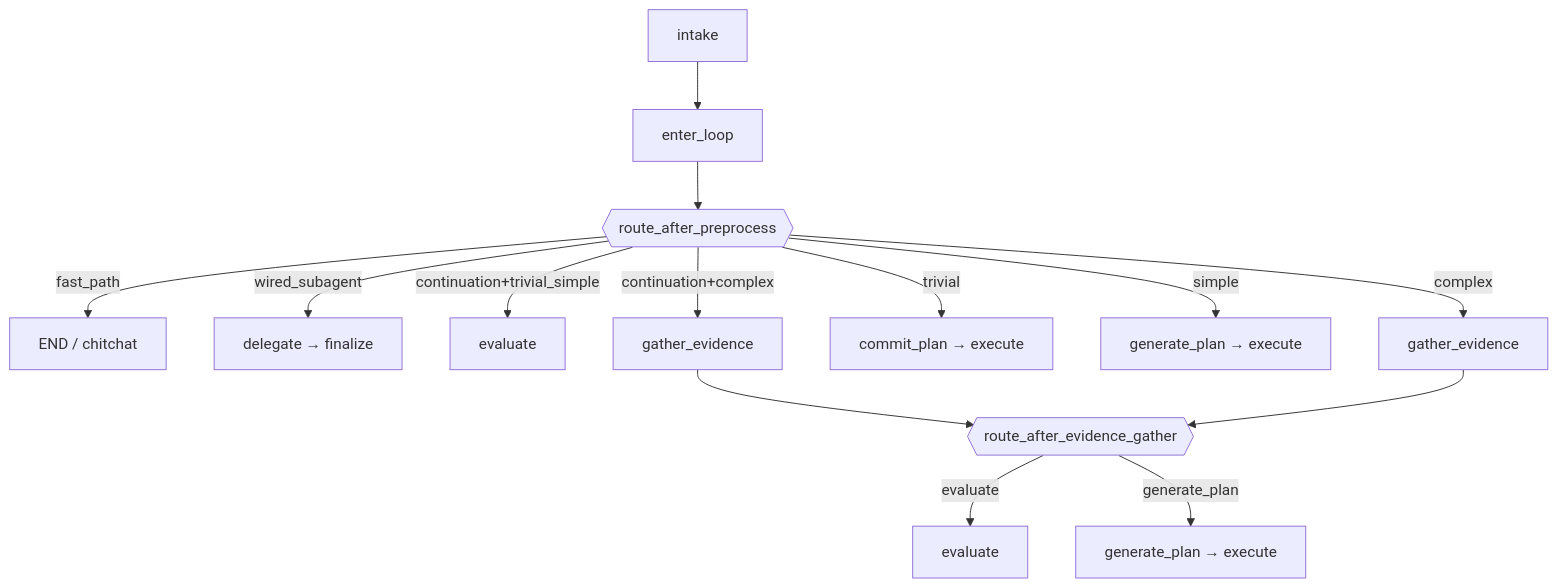
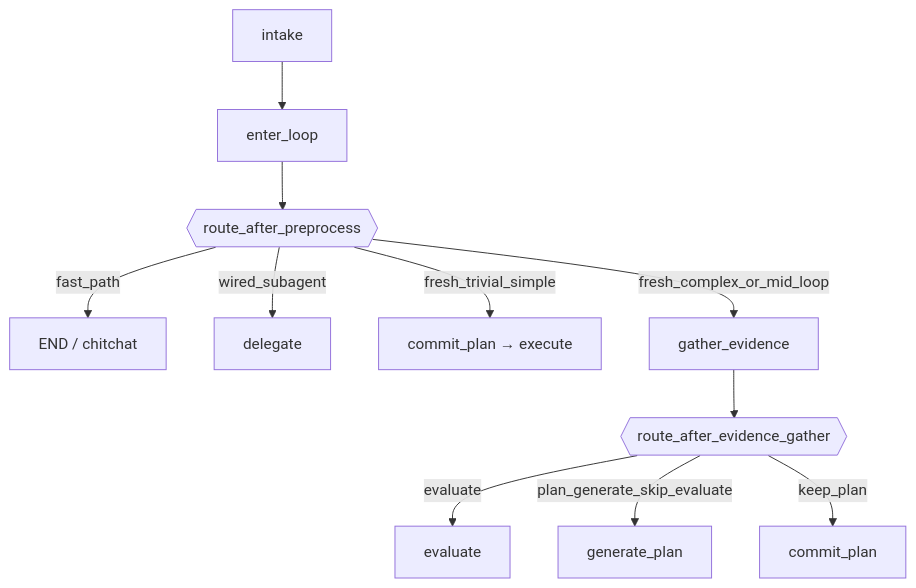
One commit to OpenSoothe/soothe changed the diagram in docs/diagrams/strange_loop_graph_nodes.md. Above: the diagram before and after it, drawn with Mermaid. The commit also changed other lines of this file and 22 other files, not shown here.

````diff
--- a/docs/diagrams/strange_loop_graph_nodes.md
+++ b/docs/diagrams/strange_loop_graph_nodes.md
@@ -30,16 +33,13 @@
 ```mermaid
 flowchart TD
     IC[intake] --> IOR[enter_loop]
     IOR --> R{{route_after_preprocess}}
     R -->|fast_path| END1[END / chitchat]
-    R -->|wired_subagent| IWS[delegate → finalize]
-    R -->|continuation+trivial_simple| EV[evaluate]
-    R -->|continuation+complex| BEG[gather_evidence]
-    R -->|trivial| RD[commit_plan → execute]
-    R -->|simple| PG2[generate_plan → execute]
-    R -->|complex| BEG2[gather_evidence]
+    R -->|wired_subagent| IWS[delegate]
+    R -->|fresh_trivial_simple| RD[commit_plan → execute]
+    R -->|fresh_complex_or_mid_loop| BEG[gather_evidence]
     BEG --> PGA{{route_after_evidence_gather}}
-    BEG2 --> PGA
-    PGA -->|evaluate| EV2[evaluate]
-    PGA -->|generate_plan| PG3[generate_plan → execute]
+    PGA -->|evaluate| EV[evaluate]
+    PGA -->|plan_generate_skip_evaluate| PG[generate_plan]
+    PGA -->|keep_plan| RD2[commit_plan]
 ```
````
